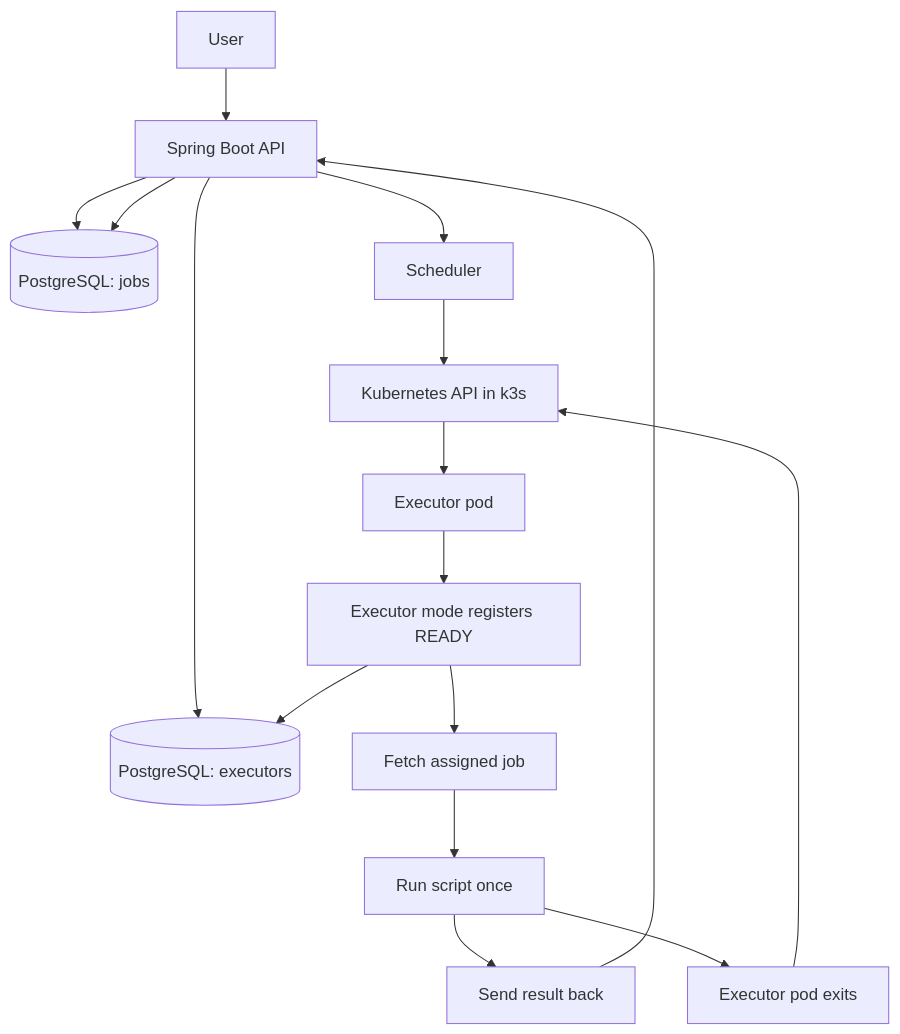
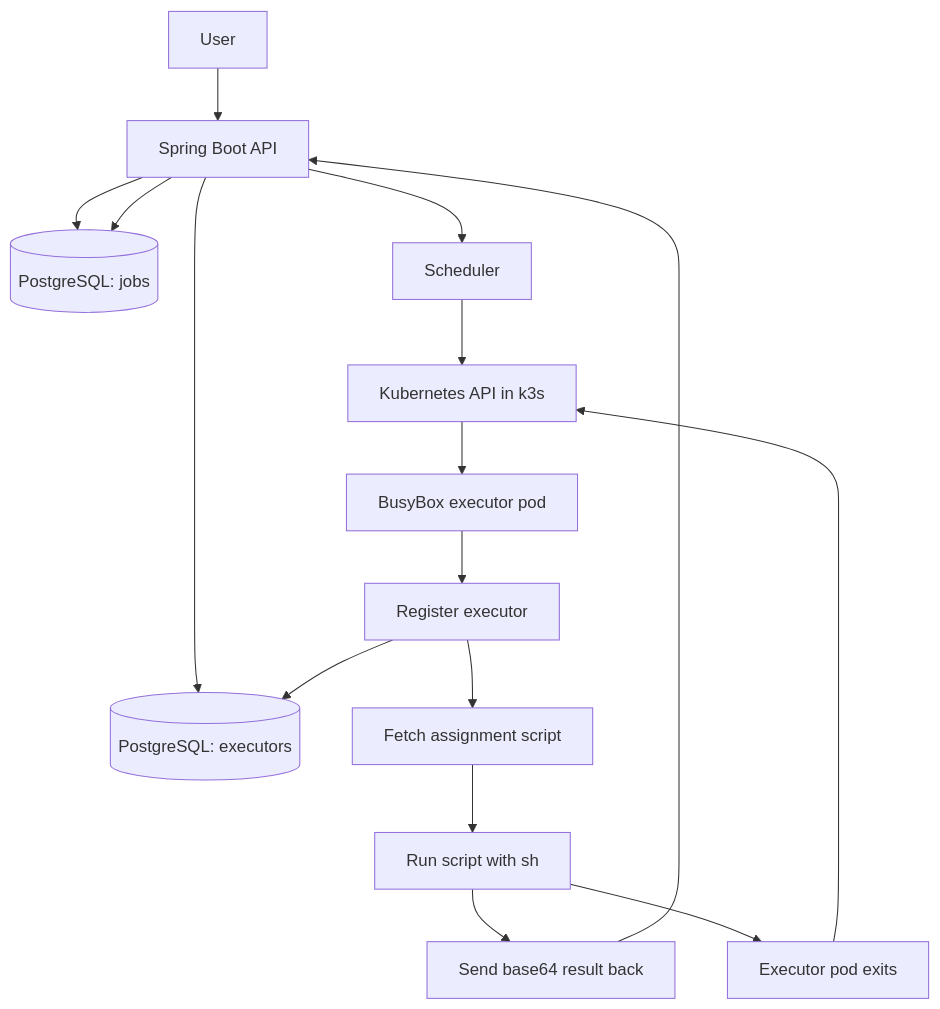
Before and after one commit to def4alt/executor: the diagram in README.md, drawn with Mermaid. The commit also changed other lines of this file, not shown here.

Commit message:
docs: update readme for busybox executor pods

````diff
--- a/README.md
+++ b/README.md
@@ -11,22 +11,22 @@
 ```mermaid
 flowchart TD
     U[User] --> API[Spring Boot API]
     API --> J[(PostgreSQL: jobs)]
     API --> E[(PostgreSQL: executors)]
     API --> Q[Scheduler]
 
     Q --> K8S[Kubernetes API in k3s]
-    K8S --> PODS[Executor pod]
+    K8S --> PODS[BusyBox executor pod]
 
-    PODS --> REG[Executor mode registers READY]
+    PODS --> REG[Register executor]
     REG --> E
 
-    REG --> ASSIGN[Fetch assigned job]
-    ASSIGN --> RUN[Run script once]
-    RUN --> RES[Send result back]
+    REG --> ASSIGN[Fetch assignment script]
+    ASSIGN --> RUN[Run script with sh]
+    RUN --> RES[Send base64 result back]
     RES --> API
 
     API --> J
     RUN --> EXIT[Executor pod exits]
     EXIT --> K8S
 ```
````
